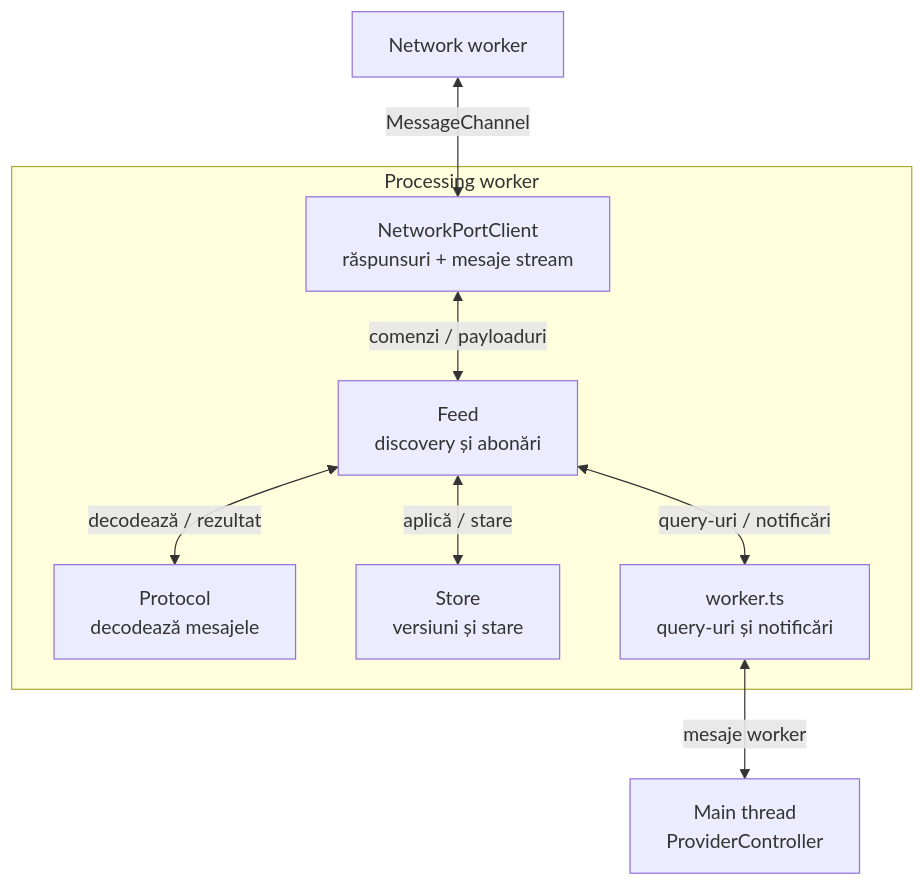
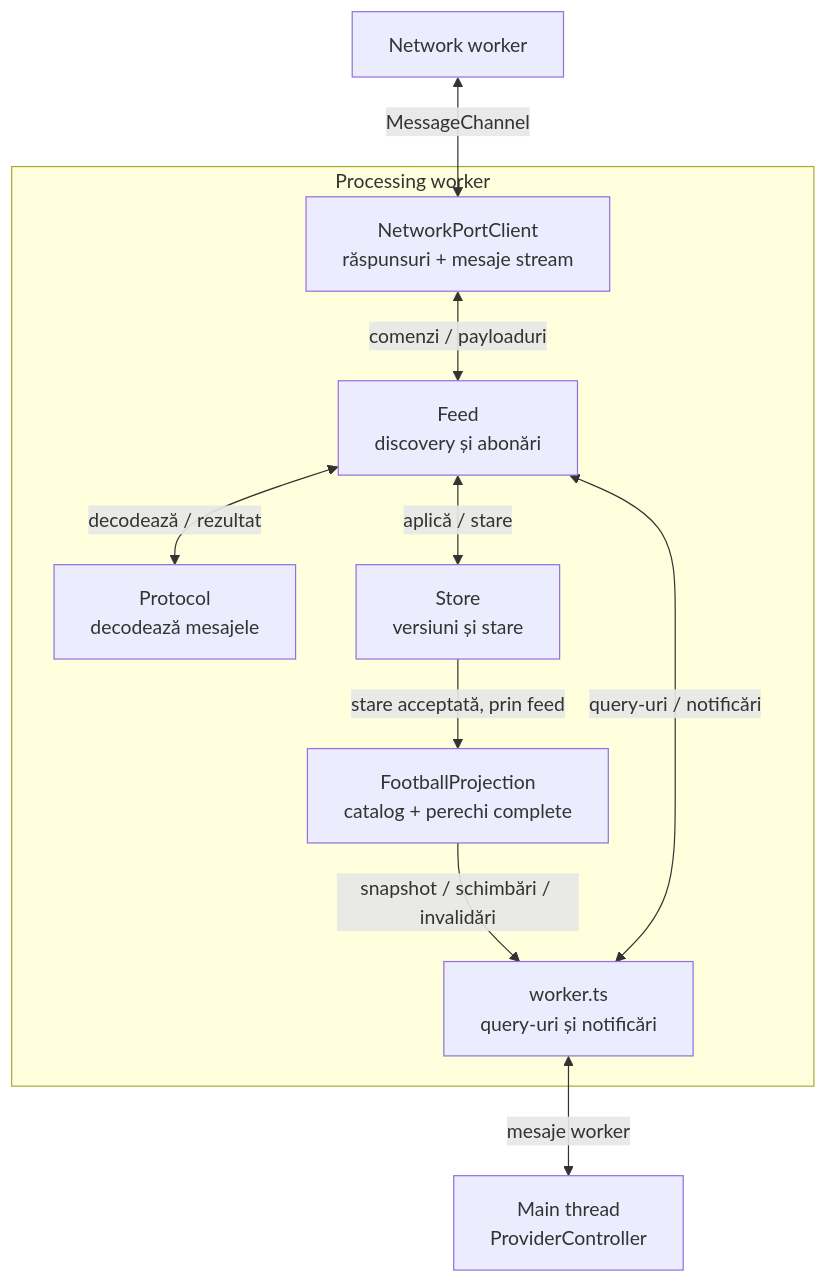
Before and after one commit to CristiCP/Advanced-Betting-System: the first of 4 diagrams in docs/PROVIDERS.md, drawn with Mermaid. The commit also changed other lines of this file and 20 other files, not shown here.

````diff
--- a/docs/PROVIDERS.md
+++ b/docs/PROVIDERS.md
@@ -27,20 +28,23 @@
 ```mermaid
 flowchart TB
     NET["Network worker"]
 
     subgraph PROCESS["Processing worker"]
         PORT["NetworkPortClient<br/>răspunsuri + mesaje stream"]
         FEED["Feed<br/>discovery și abonări"]
         PROTOCOL["Protocol<br/>decodează mesajele"]
         STORE["Store<br/>versiuni și stare"]
+        FILTER["FootballProjection<br/>catalog + perechi complete"]
         BRIDGE["worker.ts<br/>query-uri și notificări"]
         PORT <-->|"comenzi / payloaduri"| FEED
         FEED <-->|"decodează / rezultat"| PROTOCOL
         FEED <-->|"aplică / stare"| STORE
+        STORE -->|"stare acceptată, prin feed"| FILTER
+        FILTER -->|"snapshot / schimbări / invalidări"| BRIDGE
         FEED <-->|"query-uri / notificări"| BRIDGE
     end
 
     MAIN["Main thread<br/>ProviderController"]
     NET <-->|"MessageChannel"| PORT
     BRIDGE <-->|"mesaje worker"| MAIN
 ```
````
